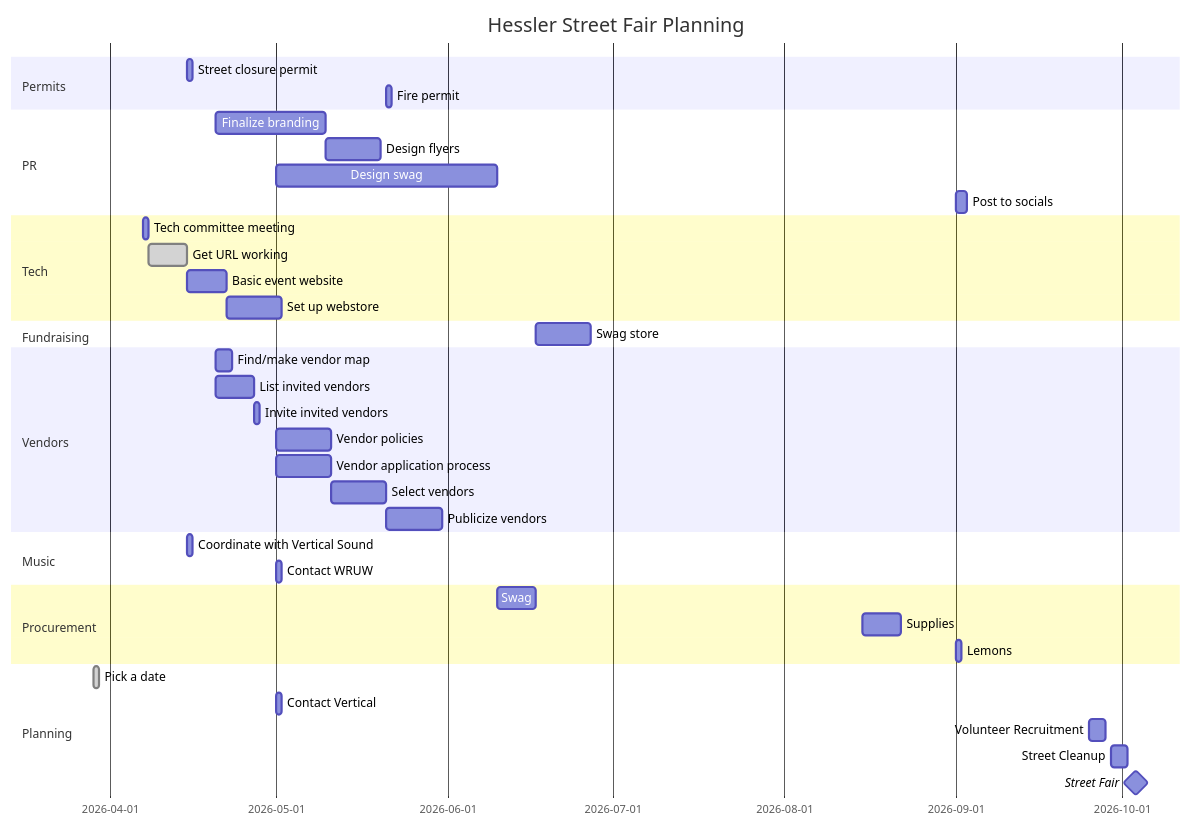
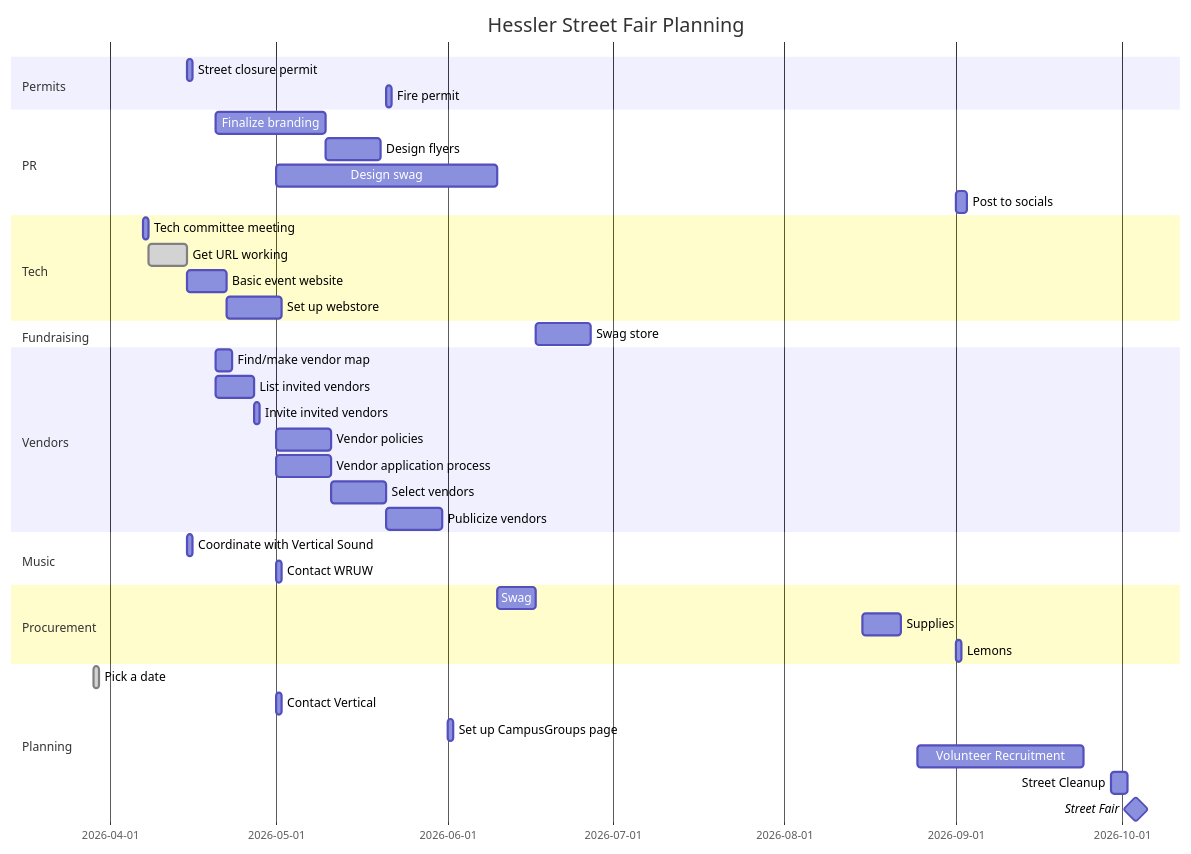
Before and after one commit to KCollins/KCollins.github.io: the diagram in files/fairplan.md, drawn with Mermaid.

````diff
--- a/files/fairplan.md
+++ b/files/fairplan.md
@@ -1,43 +1,44 @@
 ```mermaid
 gantt
     title  Hessler Street Fair Planning
     dateFormat YYYY-MM-DD
     section Permits
             Street closure permit    :streetpermit, 2026-04-15, 1d
             Fire permit    :firepermit, after vendorselect, 1d
 
     section PR
             Finalize branding : brand, 2026-04-20, 20d
             Design flyers : flyers, after brand, 10d
             Design swag    : designswag, 2026-05-01, 40d
             Post to socials: socials, 2026-09-01, 2d
     section Tech
             Tech committee meeting: techmeet, 2026-04-07, 1d
             Get URL working:done, url, after techmeet, 7d
             Basic event website: basicsite, after url, 7d
             Set up webstore: webstore, after basicsite, 10d
     section Fundraising
             Swag store    :req, after designswag webstore swag, 10d
     section Vendors
             Find/make vendor map: vendormap, 2026-04-20, 3d
             List invited vendors: invitelist, 2026-04-20, 7d
             Invite invited vendors: invite, after invitelist, 1d
             Vendor policies: policy, 2026-05-01, 10d
             Vendor application process: vendorapp, 2026-05-01, 10d
             Select vendors: vendorselect, after vendorapp, 10d
             Publicize vendors: vendor-announce, after vendorselect, 10d
     section Music
             Coordinate with Vertical Sound    :vertical, 2026-04-15, 1d
             Contact WRUW: wruw, 2026-05-01, 1d
     section Procurement
             Swag:   swag, after designswag, 7d
             Supplies: supplies, 2026-08-15, 7d
             Lemons: lemons, 2026-09-01, 1d
     section Planning
             Pick a date :done, pick, 2026-03-29, 1d
             Contact Vertical: vertical, 2026-05-01, 1d
-            Volunteer Recruitment: recruit, 2026-09-25, 3d
+            Set up CampusGroups page: campusgroups, 2026-06-01, 1d
+            Volunteer Recruitment: recruit, 2026-08-25, 30d
             Street Cleanup: cleanup, 2026-09-29, 3d
             Street Fair        :milestone, streetfair, 2026-10-03, 1d
 
 ```
````
